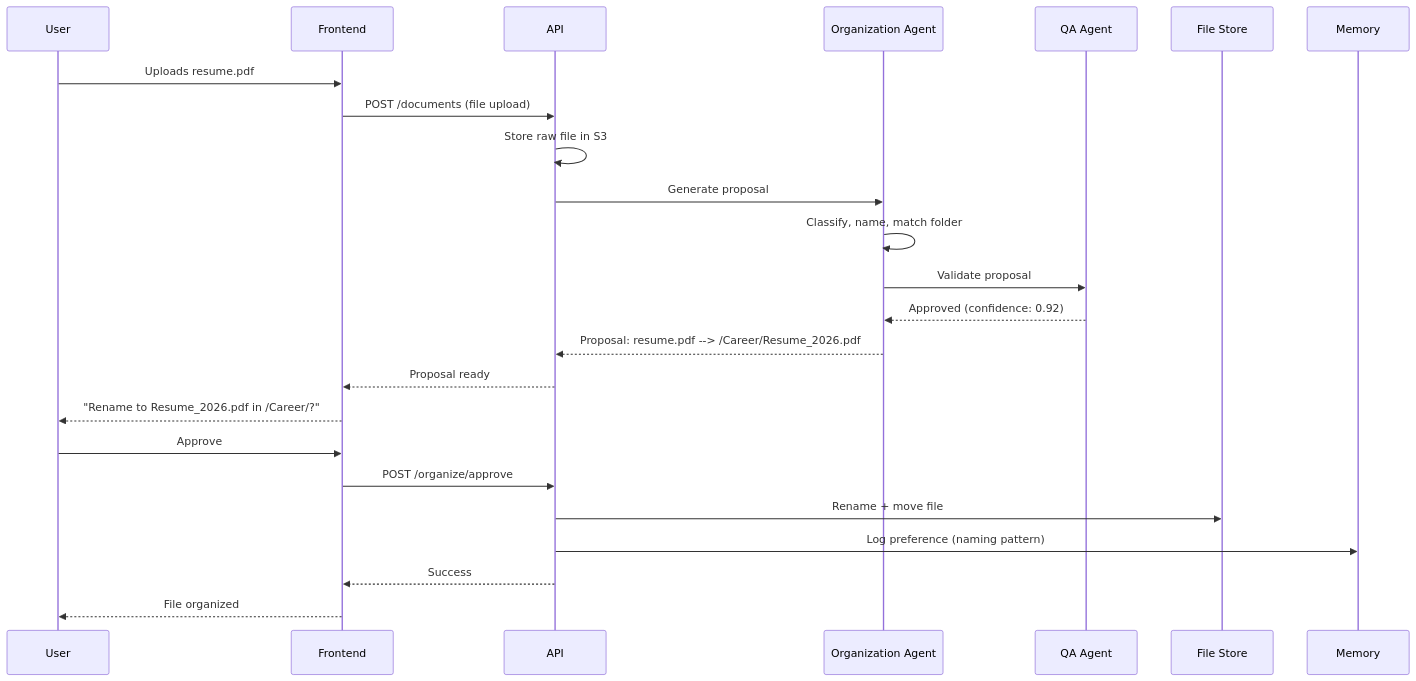
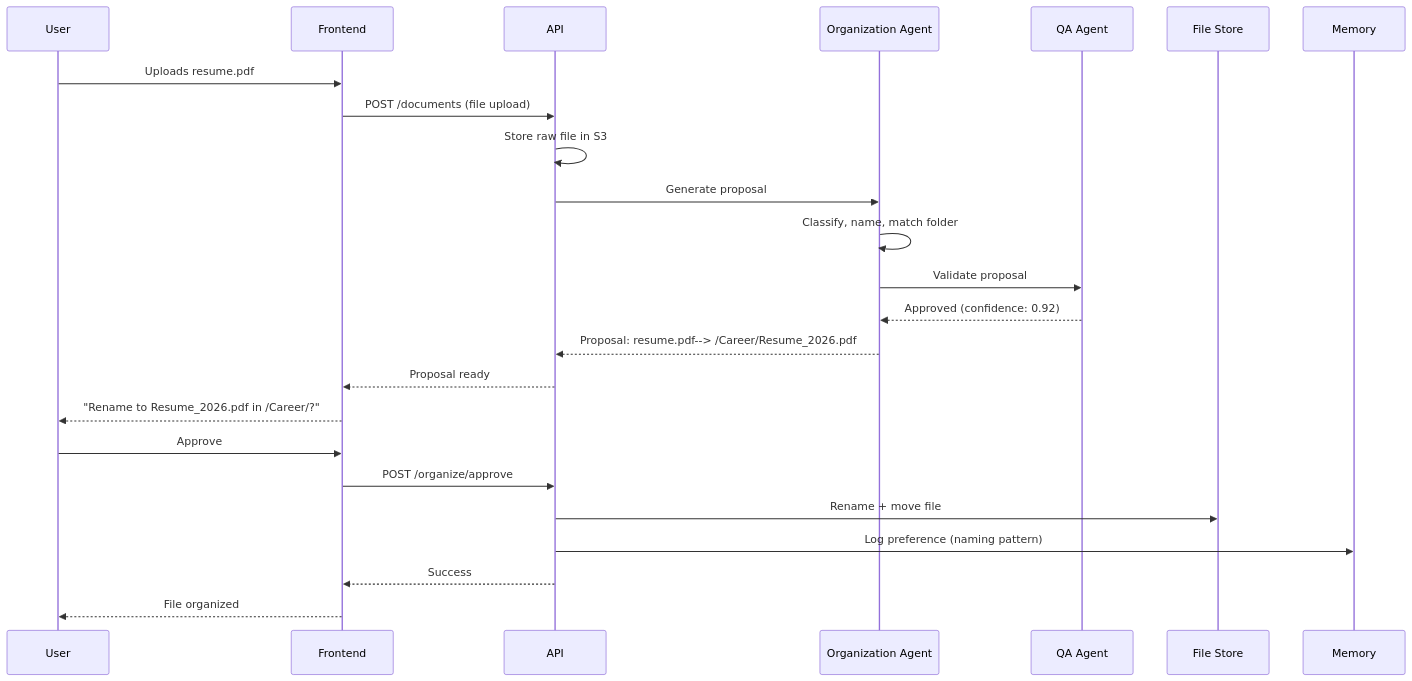
The second of 2 diagrams in docs/product/Feature-Specs/Auto-Organization.md (Driftloom/Vaeloom), drawn with Mermaid before and after one commit. The commit also changed other lines of this file and 694 other files, not shown here.

First line of the commit message:
docs: mermaid standardization — encoding/mermaid/duplicate cleanup

````diff
--- a/docs/product/Feature-Specs/Auto-Organization.md
+++ b/docs/product/Feature-Specs/Auto-Organization.md
@@ -246,27 +246,27 @@
 ```mermaid
 sequenceDiagram
-    participant U as User
-    participant FE as Frontend
-    participant API as API
-    participant OA as Organization Agent
-    participant QA as QA Agent
-    participant FS as File Store
-    participant MEM as Memory
+ participant U as User
+ participant FE as Frontend
+ participant API as API
+ participant OA as Organization Agent
+ participant QA as QA Agent
+ participant FS as File Store
+ participant MEM as Memory
 
-    U->>FE: Uploads resume.pdf
-    FE->>API: POST /documents (file upload)
-    API->>API: Store raw file in S3
-    API->>OA: Generate proposal
-    OA->>OA: Classify, name, match folder
-    OA->>QA: Validate proposal
-    QA-->>OA: Approved (confidence: 0.92)
-    OA-->>API: Proposal: resume.pdf --> /Career/Resume_2026.pdf
-    API-->>FE: Proposal ready
-    FE-->>U: "Rename to Resume_2026.pdf in /Career/?"
-    U->>FE: Approve
-    FE->>API: POST /organize/approve
-    API->>FS: Rename + move file
-    API->>MEM: Log preference (naming pattern)
-    API-->>FE: Success
-    FE-->>U: File organized
+ U->>FE: Uploads resume.pdf
+ FE->>API: POST /documents (file upload)
+ API->>API: Store raw file in S3
+ API->>OA: Generate proposal
+ OA->>OA: Classify, name, match folder
+ OA->>QA: Validate proposal
+ QA-->>OA: Approved (confidence: 0.92)
+ OA-->>API: Proposal: resume.pdf--> /Career/Resume_2026.pdf
+ API-->>FE: Proposal ready
+ FE-->>U: "Rename to Resume_2026.pdf in /Career/?"
+ U->>FE: Approve
+ FE->>API: POST /organize/approve
+ API->>FS: Rename + move file
+ API->>MEM: Log preference (naming pattern)
+ API-->>FE: Success
+ FE-->>U: File organized
 ```
````
